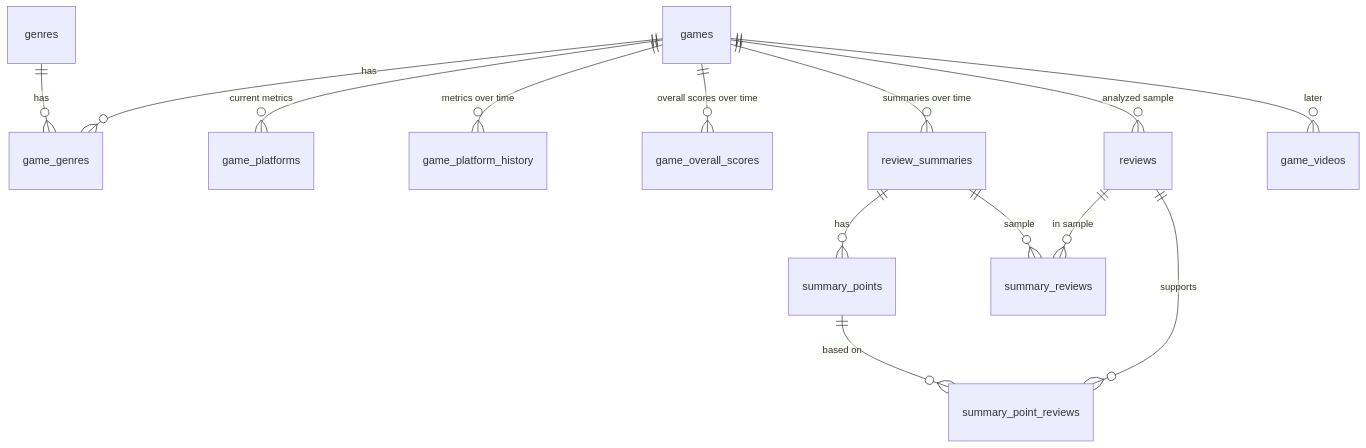
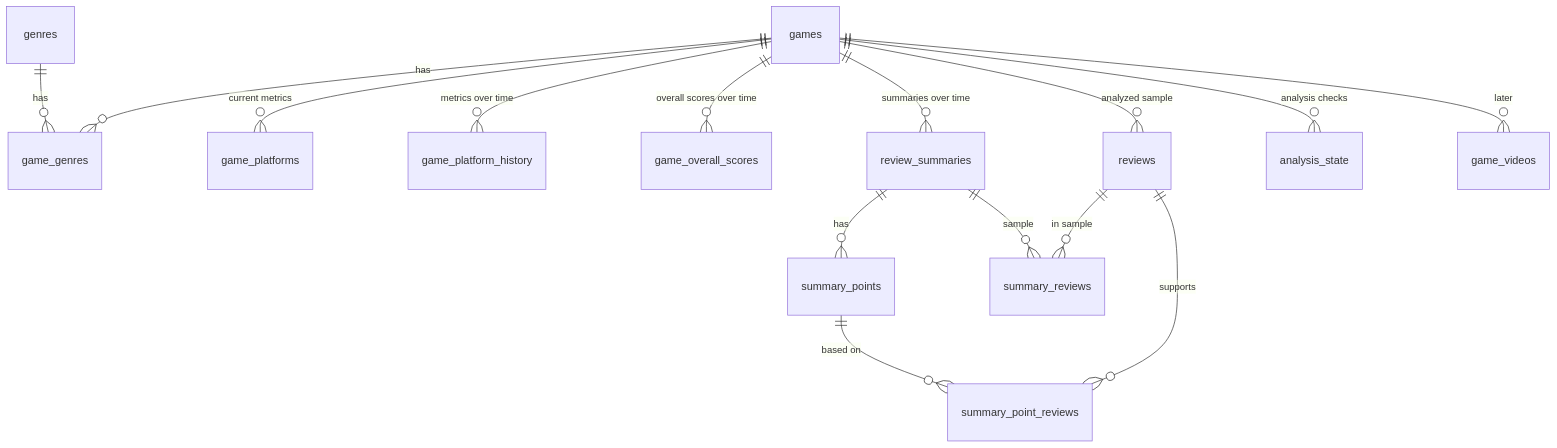
The diagram in docs/DATABASE.md (BuDum-Tss/metacritic_dashboard), drawn with Mermaid before and after one commit. The commit also changed other lines of this file and 3 other files, not shown here.

````diff
--- a/docs/DATABASE.md
+++ b/docs/DATABASE.md
@@ -13,16 +13,17 @@
 ```mermaid
 erDiagram
     games ||--o{ game_genres : has
     genres ||--o{ game_genres : has
     games ||--o{ game_platforms : "current metrics"
     games ||--o{ game_platform_history : "metrics over time"
     games ||--o{ game_overall_scores : "overall scores over time"
     games ||--o{ review_summaries : "summaries over time"
     games ||--o{ reviews : "analyzed sample"
+    games ||--o{ analysis_state : "analysis checks"
     review_summaries ||--o{ summary_points : has
     review_summaries ||--o{ summary_reviews : "sample"
     reviews ||--o{ summary_reviews : "in sample"
     summary_points ||--o{ summary_point_reviews : "based on"
     reviews ||--o{ summary_point_reviews : "supports"
     games ||--o{ game_videos : "later"
 ```
````
